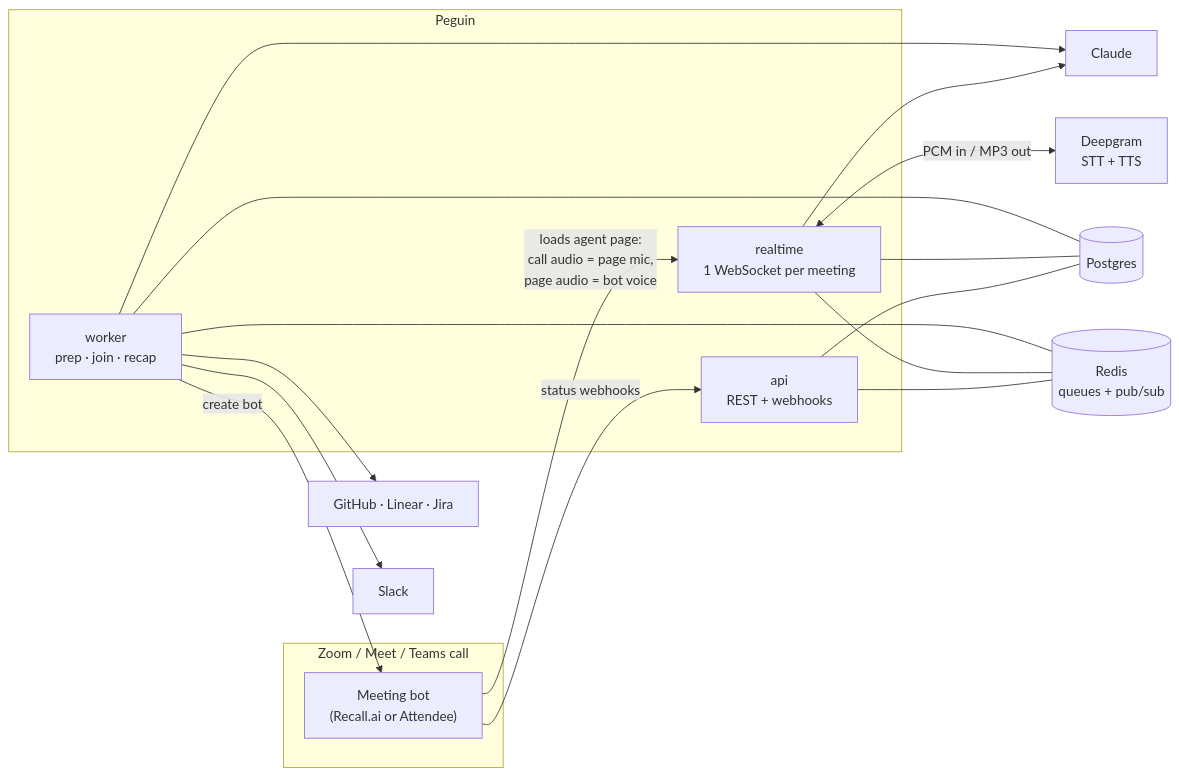
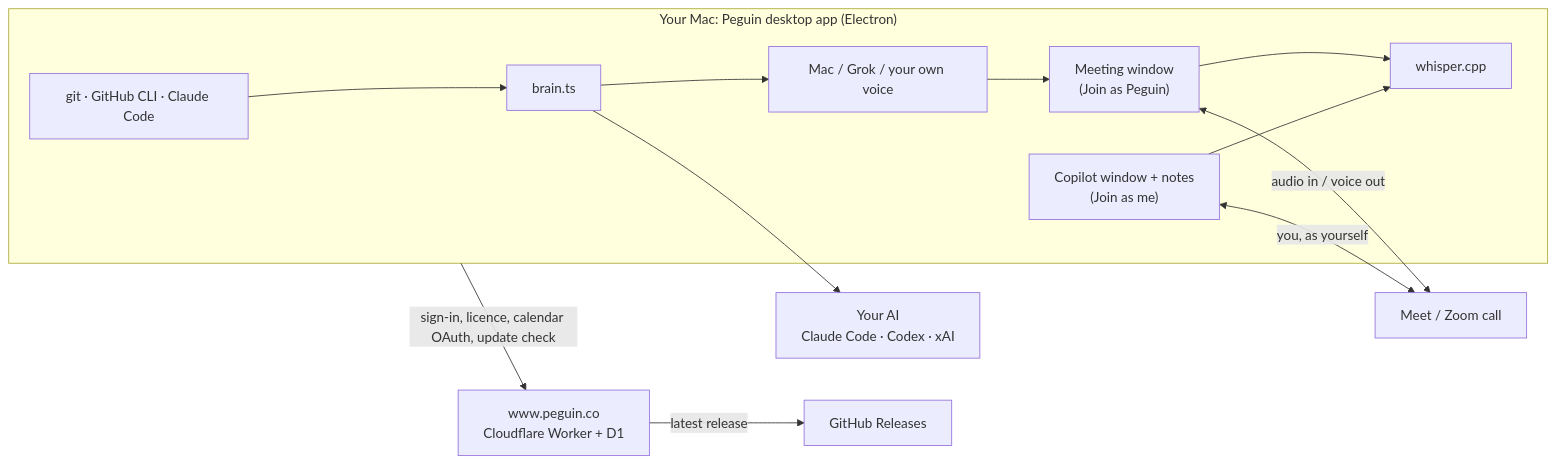
One commit to KayodeII/Peguin changed the diagram in README.md. Above: the diagram before and after it, drawn with Mermaid. The commit also changed other lines of this file and 2 other files, not shown here.

Commit message:
README: what Peguin is now (desktop app, copilot, your own AI); server stack details move to docs/features

````diff
--- a/README.md
+++ b/README.md
@@ -11,21 +45,23 @@
 ```mermaid
 flowchart LR
-  subgraph Call["Zoom / Meet / Teams call"]
-    Bot["Meeting bot<br/>(Recall.ai or Attendee)"]
+  subgraph Mac["Your Mac: Peguin desktop app (Electron)"]
+    Sources["git · GitHub CLI · Claude Code"]
+    Brain["brain.ts"]
+    Whisper["whisper.cpp"]
+    Voice["Mac / Grok / your own voice"]
+    Meeting["Meeting window<br/>(Join as Peguin)"]
+    Copilot["Copilot window + notes<br/>(Join as me)"]
   end
-  Bot -- "loads agent page:<br/>call audio = page mic,<br/>page audio = bot voice" --> RT
-  subgraph Peguin
-    API["api<br/>REST + webhooks"]
-    RT["realtime<br/>1 WebSocket per meeting"]
-    W["worker<br/>prep · join · recap"]
-  end
-  RT <-- "PCM in / MP3 out" --> DG["Deepgram<br/>STT + TTS"]
-  RT --> C["Claude"]
-  W --> C
-  W --> Src["GitHub · Linear · Jira"]
-  W --> Slack
-  W -- "create bot" --> Bot
-  Bot -- "status webhooks" --> API
-  API & RT & W --- PG[(Postgres)]
-  API & RT & W --- R[(Redis<br/>queues + pub/sub)]
+  Call["Meet / Zoom call"]
+  AI["Your AI<br/>Claude Code · Codex · xAI"]
+  Cloud["www.peguin.co<br/>Cloudflare Worker + D1"]
+  GH["GitHub Releases"]
+
+  Sources --> Brain --> AI
+  Meeting <-- "audio in / voice out" --> Call
+  Copilot <-- "you, as yourself" --> Call
+  Meeting & Copilot --> Whisper
+  Brain --> Voice --> Meeting
+  Mac -- "sign-in, licence, calendar OAuth, update check" --> Cloud
+  Cloud -- "latest release" --> GH
 ```
````
